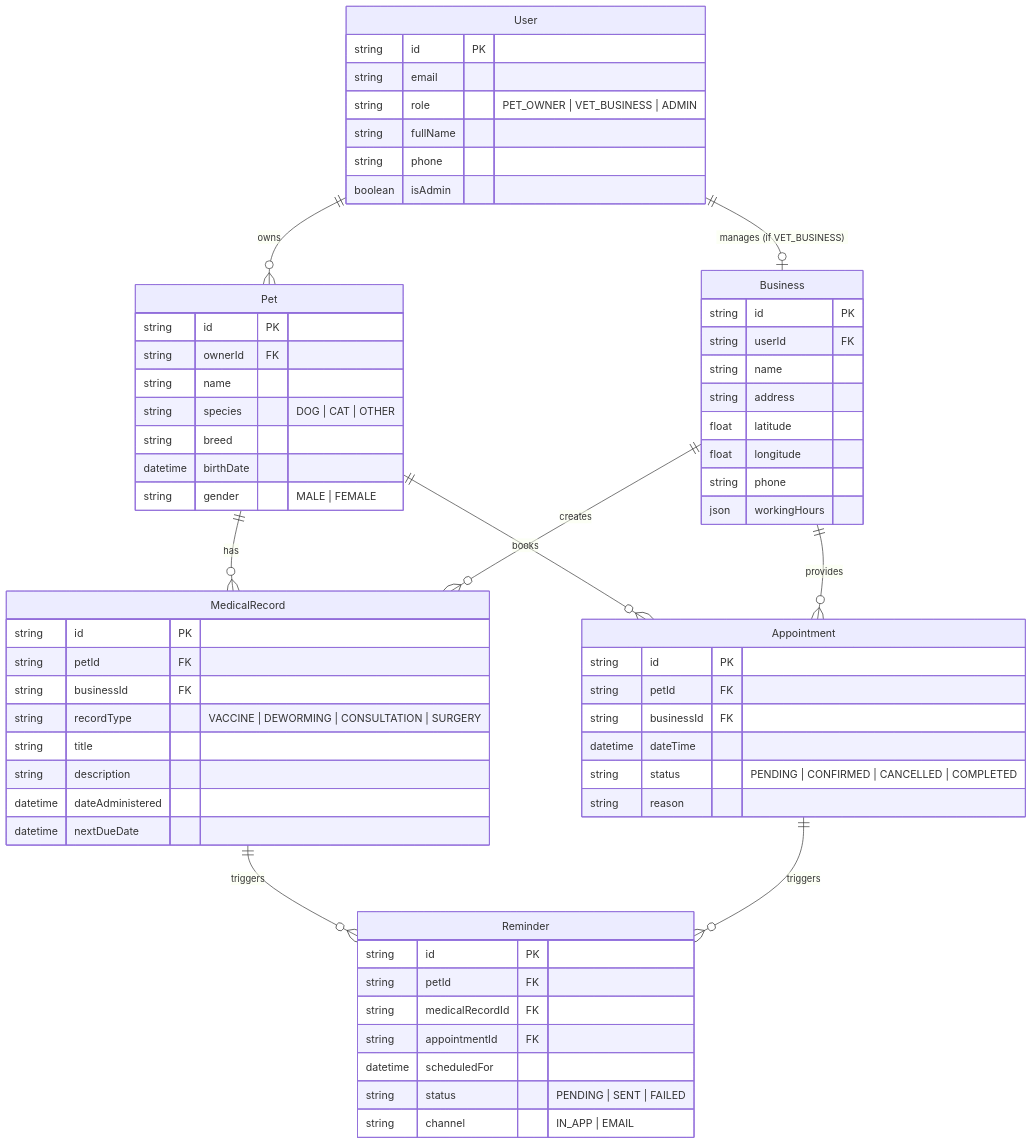
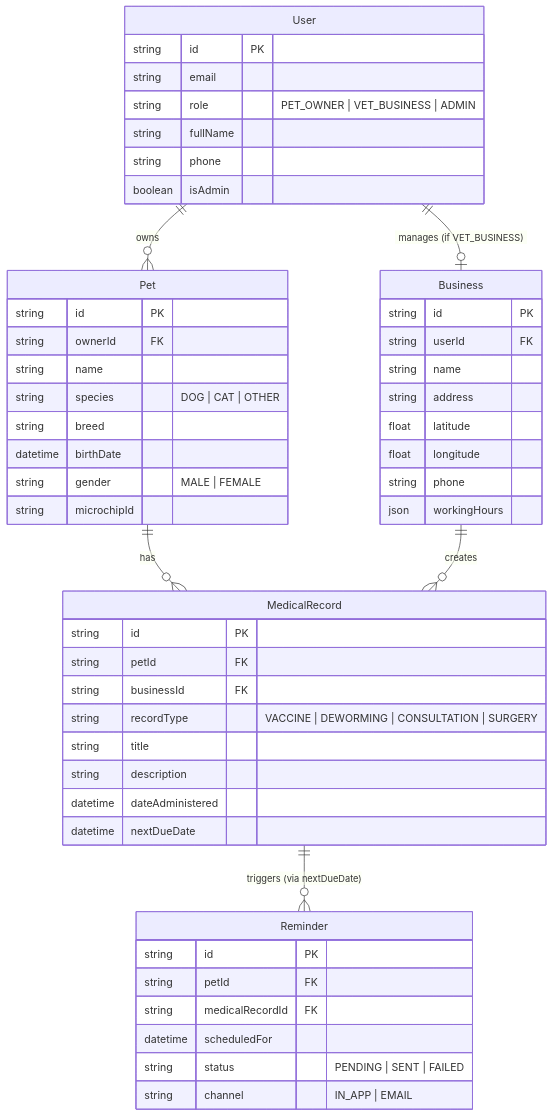
The diagram in specs/001-petpocket-mvp/data-model.md (ERIKAALE1998/Petpocket), drawn with Mermaid before and after one commit. The commit also changed other lines of this file and 7 other files, not shown here.

````diff
--- a/specs/001-petpocket-mvp/data-model.md
+++ b/specs/001-petpocket-mvp/data-model.md
@@ -11,71 +11,59 @@
 ```mermaid
 erDiagram
     User ||--o{ Pet : "owns"
     User ||--o| Business : "manages (if VET_BUSINESS)"
     Pet ||--o{ MedicalRecord : "has"
-    Pet ||--o{ Appointment : "books"
-    Business ||--o{ Appointment : "provides"
     Business ||--o{ MedicalRecord : "creates"
-    MedicalRecord ||--o{ Reminder : "triggers"
-    Appointment ||--o{ Reminder : "triggers"
+    MedicalRecord ||--o{ Reminder : "triggers (via nextDueDate)"
 
     User {
         string id PK
         string email
         string role "PET_OWNER | VET_BUSINESS | ADMIN"
         string fullName
         string phone
         boolean isAdmin
     }
 
     Pet {
         string id PK
         string ownerId FK
         string name
         string species "DOG | CAT | OTHER"
         string breed
         datetime birthDate
         string gender "MALE | FEMALE"
+        string microchipId
     }
 
     Business {
         string id PK
         string userId FK
         string name
         string address
         float latitude
         float longitude
         string phone
         json workingHours
-    }
-
-    Appointment {
-        string id PK
-        string petId FK
-        string businessId FK
-        datetime dateTime
-        string status "PENDING | CONFIRMED | CANCELLED | COMPLETED"
-        string reason
     }
 
     MedicalRecord {
         string id PK
         string petId FK
         string businessId FK
         string recordType "VACCINE | DEWORMING | CONSULTATION | SURGERY"
         string title
         string description
         datetime dateAdministered
         datetime nextDueDate
     }
 
     Reminder {
         string id PK
         string petId FK
         string medicalRecordId FK
-        string appointmentId FK
         datetime scheduledFor
         string status "PENDING | SENT | FAILED"
         string channel "IN_APP | EMAIL"
     }
 ```
````
